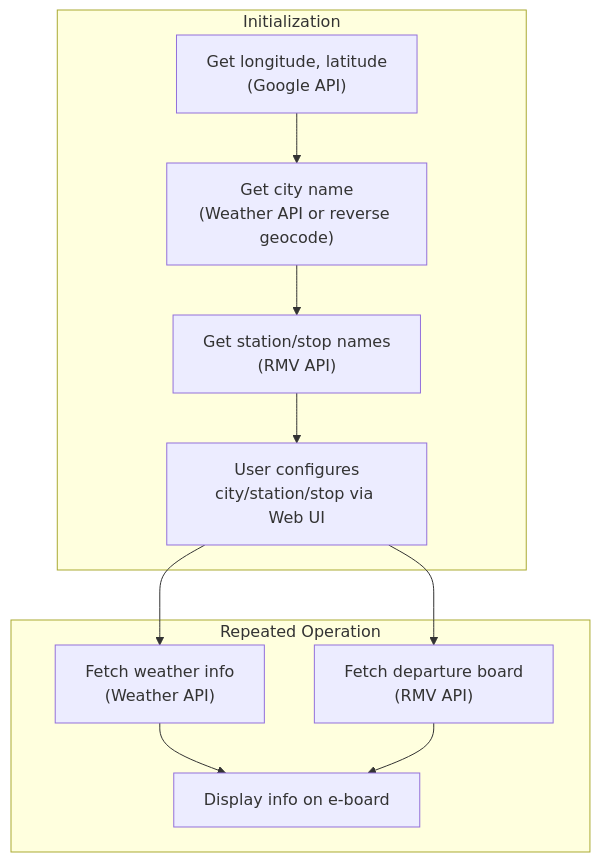
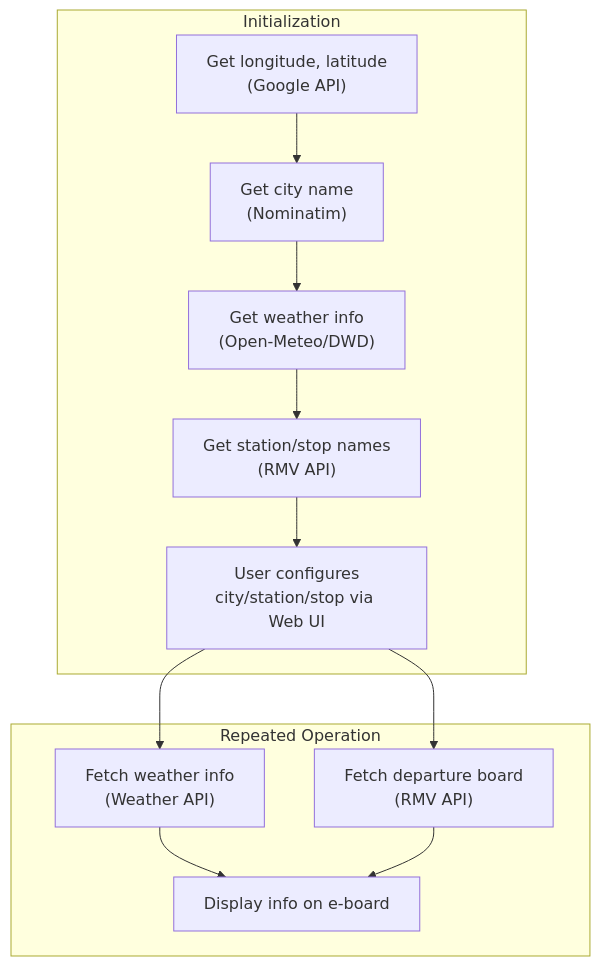
The third of 3 diagrams in README.md (gogo-boot/e-board), drawn with Mermaid before and after one commit. The commit also changed other lines of this file, not shown here.

````diff
--- a/README.md
+++ b/README.md
@@ -76,19 +89,20 @@
 ```mermaid
 flowchart TD
     subgraph Initialization
       A["Get longitude, latitude<br/>(Google API)"]
-      B["Get city name<br/>(Weather API or reverse geocode)"]
-      C["Get station/stop names<br/>(RMV API)"]
-      D["User configures<br/>city/station/stop via Web UI"]
-      A --> B --> C --> D
+      B["Get city name<br/>(Nominatim)"]
+      C["Get weather info<br/>(Open-Meteo/DWD)"]
+      D["Get station/stop names<br/>(RMV API)"]
+      E["User configures<br/>city/station/stop via Web UI"]
+      A --> B --> C --> D --> E
     end
     subgraph Repeated Operation
-      E["Fetch weather info<br/>(Weather API)"]
-      F["Fetch departure board<br/>(RMV API)"]
-      G["Display info on e-board"]
-      E --> G
-      F --> G
+      F["Fetch weather info<br/>(Weather API)"]
+      G["Fetch departure board<br/>(RMV API)"]
+      H["Display info on e-board"]
+      F --> H
+      G --> H
     end
-    D --> E
-    D --> F
+    E --> F
+    E --> G
 ```
````
